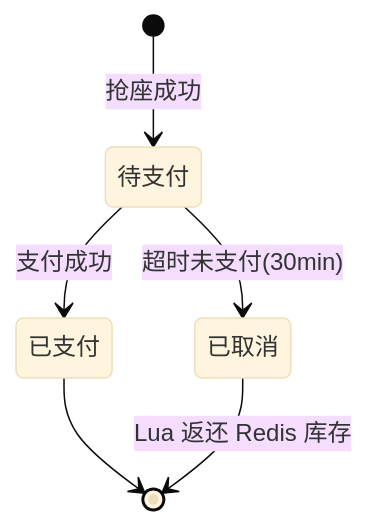
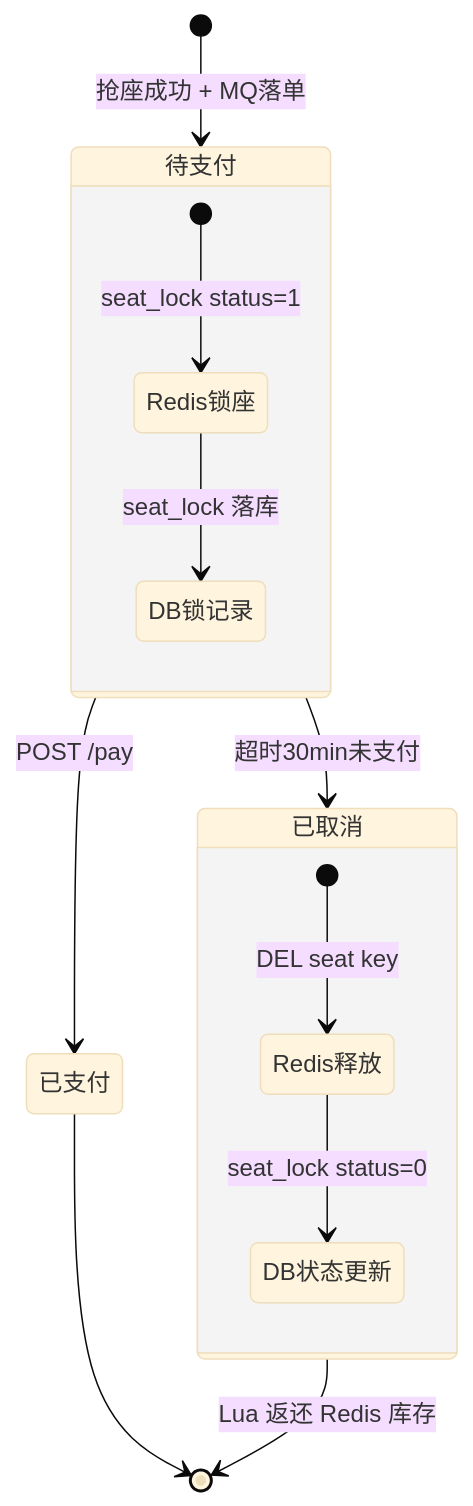
One commit to wangn-tech/movie-seckill changed the eighth of 11 diagrams in docs/架构设计.md. Above: the diagram before and after it, drawn with Mermaid (base theme). The commit also changed other lines of this file, not shown here.

First line of the commit message:
docs: rewrite architecture doc with comprehensive mermaid diagrams

````diff
--- a/docs/架构设计.md
+++ b/docs/架构设计.md
@@ -151,8 +269,17 @@
 ```mermaid
 stateDiagram-v2
-    [*] --> 待支付: 抢座成功
-    待支付 --> 已支付: 支付成功
-    待支付 --> 已取消: 超时未支付(30min)
+    [*] --> 待支付 : 抢座成功 + MQ落单
+    待支付 --> 已支付 : POST /pay
+    待支付 --> 已取消 : 超时30min未支付
     已支付 --> [*]
-    已取消 --> [*]: Lua 返还 Redis 库存
+    已取消 --> [*] : Lua 返还 Redis 库存
+
+    state 待支付 {
+        [*] --> Redis锁座 : seat_lock status=1
+        Redis锁座 --> DB锁记录 : seat_lock 落库
+    }
+    state 已取消 {
+        [*] --> Redis释放 : DEL seat key
+        Redis释放 --> DB状态更新 : seat_lock status=0
+    }
 ```
````
